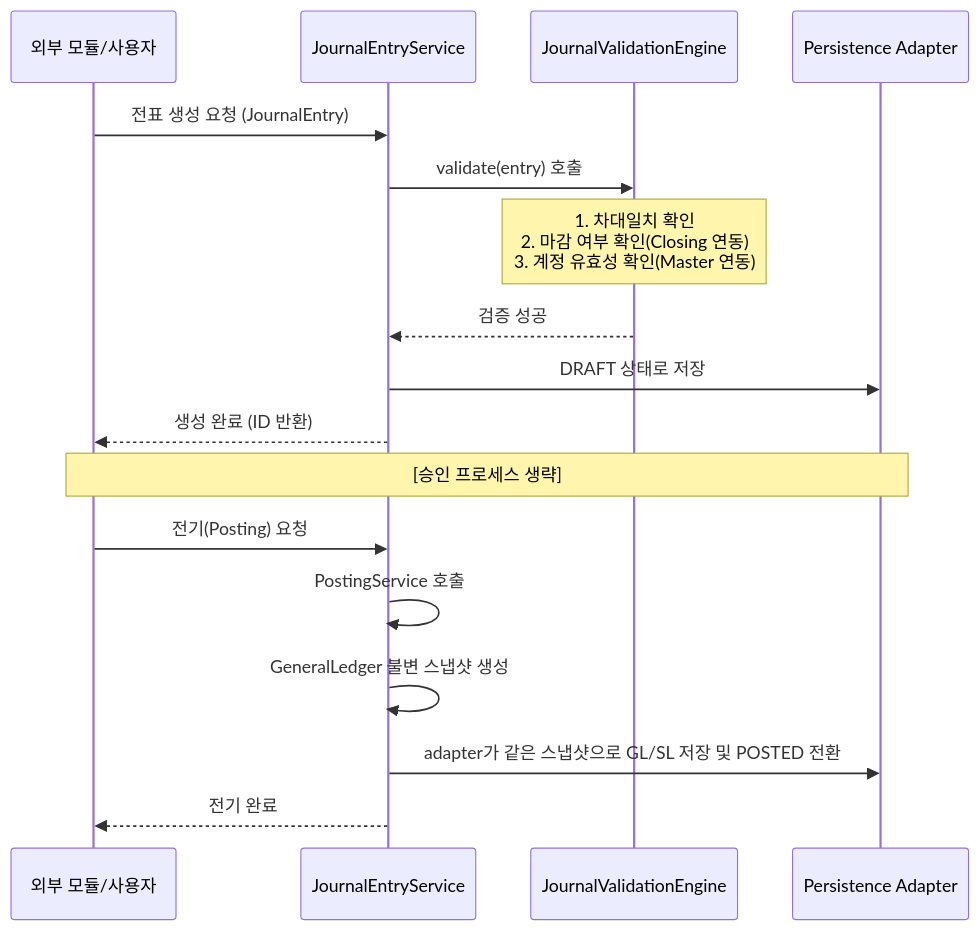
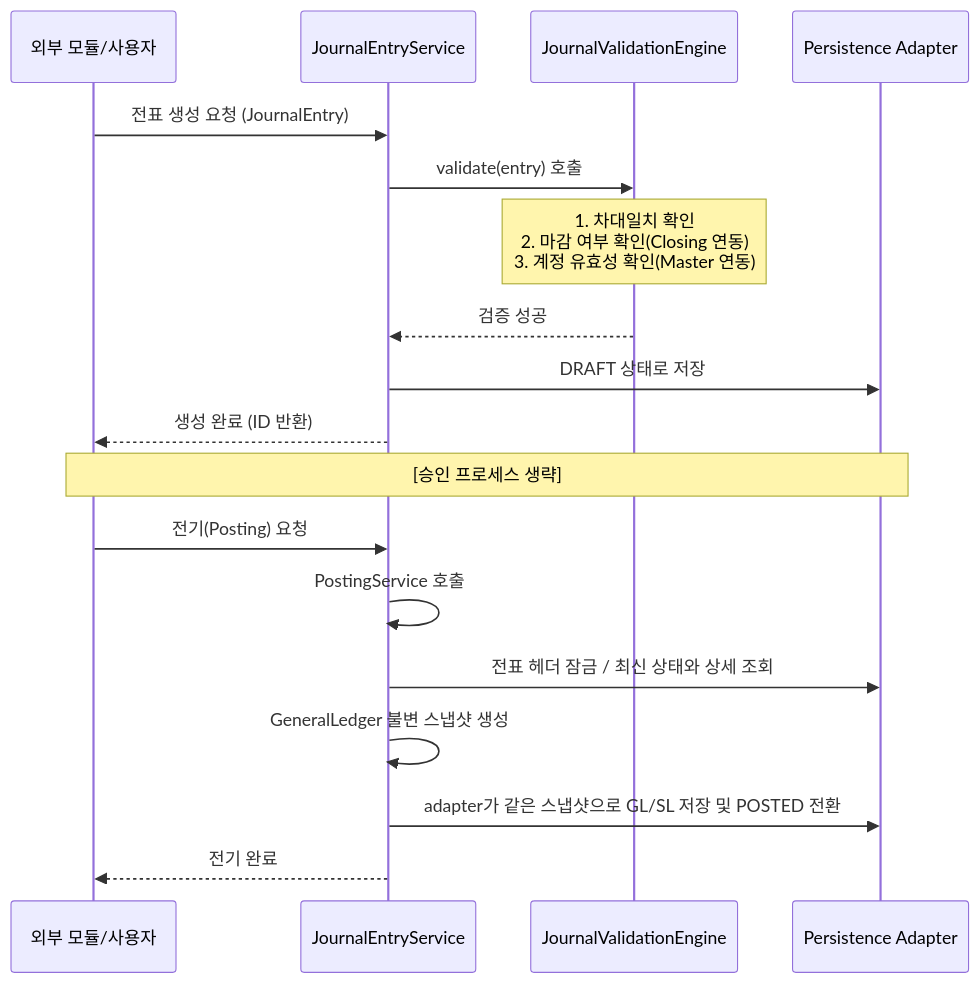
Before and after one commit to skyg547/account: the first of 3 diagrams in journal-ledger/README.md, drawn with Mermaid. The commit also changed other lines of this file and 22 other files, not shown here.

````diff
--- a/journal-ledger/README.md
+++ b/journal-ledger/README.md
@@ -34,22 +34,23 @@
 ```mermaid
 sequenceDiagram
     participant App as 외부 모듈/사용자
     participant Service as JournalEntryService
     participant Engine as JournalValidationEngine
     participant DB as Persistence Adapter
 
     App->>Service: 전표 생성 요청 (JournalEntry)
     Service->>Engine: validate(entry) 호출
     Note over Engine: 1. 차대일치 확인<br/>2. 마감 여부 확인(Closing 연동)<br/>3. 계정 유효성 확인(Master 연동)
     Engine-->>Service: 검증 성공
     Service->>DB: DRAFT 상태로 저장
     Service-->>App: 생성 완료 (ID 반환)
 
     Note over App, DB: [승인 프로세스 생략]
 
     App->>Service: 전기(Posting) 요청
     Service->>Service: PostingService 호출
+    Service->>DB: 전표 헤더 잠금 / 최신 상태와 상세 조회
     Service->>Service: GeneralLedger 불변 스냅샷 생성
     Service->>DB: adapter가 같은 스냅샷으로 GL/SL 저장 및 POSTED 전환
     Service-->>App: 전기 완료
 ```
````
